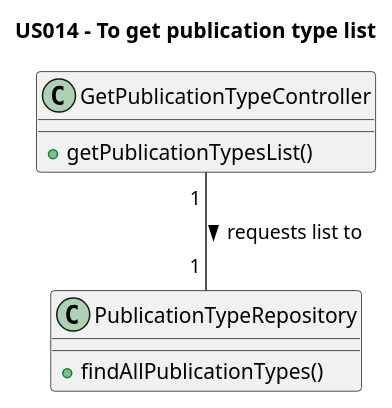
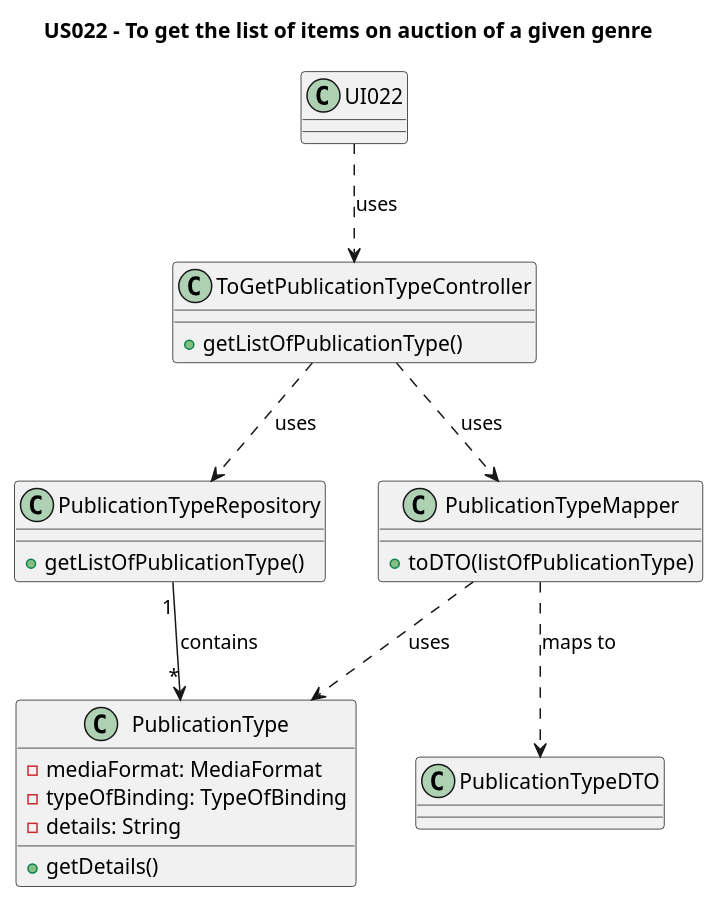
The diagram in Diagrams/ClassDiagrams/US014-to-get-publitaction-type-list.puml (AndrePereiraGitH/SWitCH-Project-Team_A), drawn with PlantUML before and after one commit. The commit also changed 5 other files, not shown here.

```diff
--- a/Diagrams/ClassDiagrams/US014-to-get-publitaction-type-list.puml
+++ b/Diagrams/ClassDiagrams/US014-to-get-publitaction-type-list.puml
@@ -1,16 +1,42 @@
 @startuml
-title US014 - To get publication type list
+title US022 - To get the list of items on auction of a given genre
 
-class GetPublicationTypeController {
-  +getPublicationTypesList()
+class UI022 {
+
+}
+
+class ToGetPublicationTypeController{
+  +getListOfPublicationType()
 }
 
 class PublicationTypeRepository {
-  +findAllPublicationTypes()
+  +getListOfPublicationType()
 }
 
-' Interactions
+class PublicationType {
+    -mediaFormat: MediaFormat
+    -typeOfBinding: TypeOfBinding
+    -details: String
+    +getDetails()
+}
 
-GetPublicationTypeController "1 " -- "1 " PublicationTypeRepository : requests list to >
+class PublicationTypeMapper {
+  +toDTO(listOfPublicationType)
+}
+
+class PublicationTypeDTO {
+}
+
+' --- Interactions ---
+
+UI022 ..> ToGetPublicationTypeController : uses
+ToGetPublicationTypeController ..> PublicationTypeRepository : uses
+ToGetPublicationTypeController ..> PublicationTypeMapper : uses
+PublicationTypeMapper ..> PublicationTypeDTO : maps to
+PublicationTypeMapper ..> PublicationType : uses
+PublicationTypeRepository "1" --> "*" PublicationType : contains
+
+
+
 
 @enduml
```
